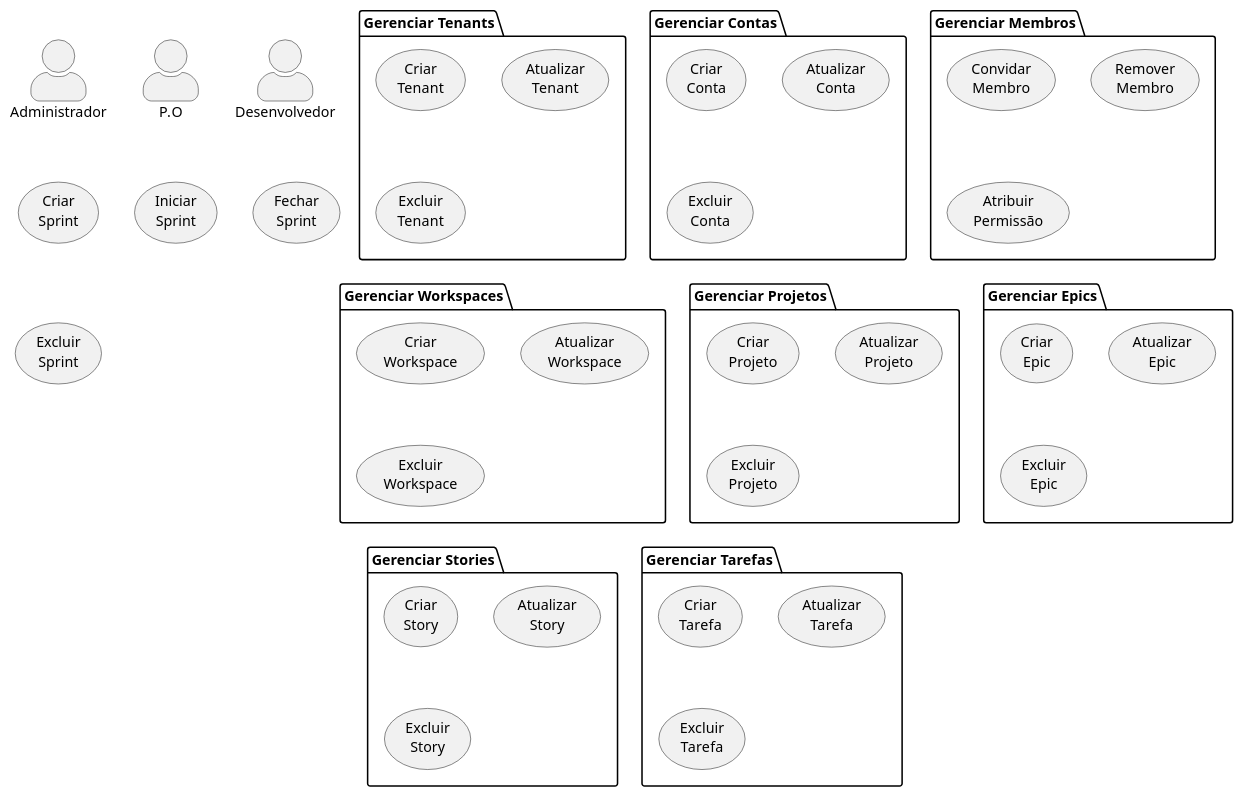
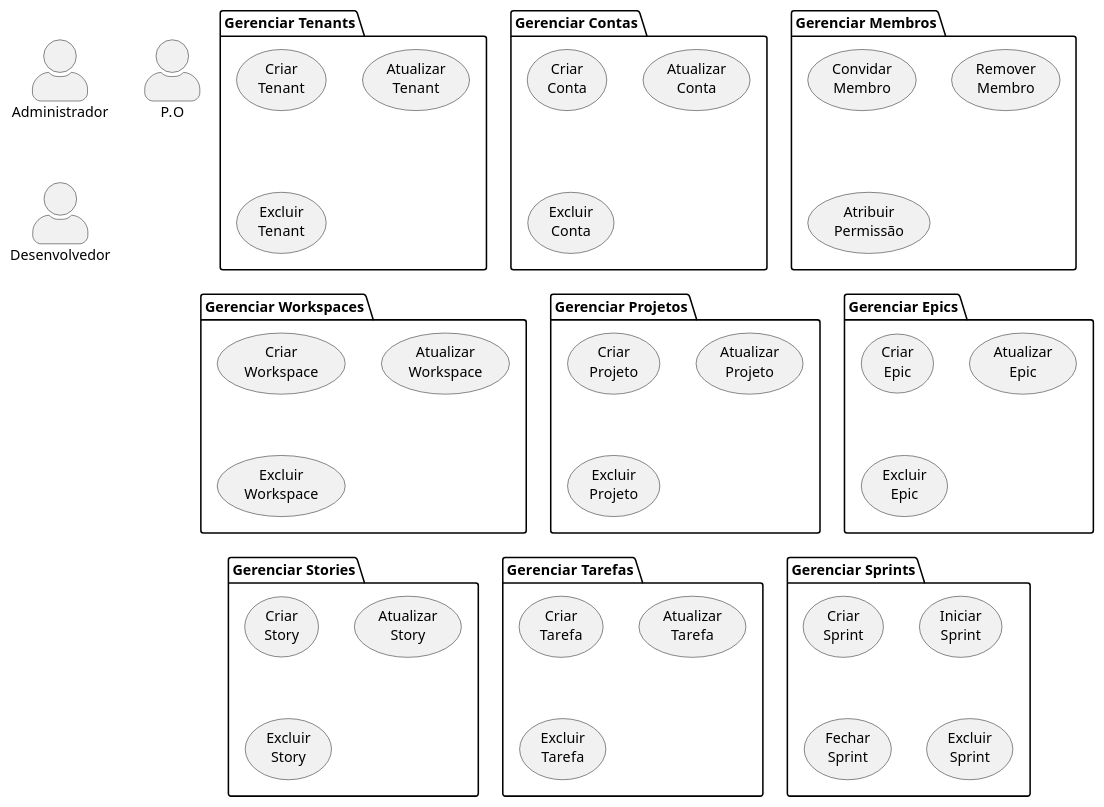
Before and after one commit to jairokoning/sprint_manager_uml: the diagram in use_case.plantuml, drawn with PlantUML.

Commit message:
feat: add use case package manage sprints

```diff
--- a/use_case.plantuml
+++ b/use_case.plantuml
@@ -1,65 +1,68 @@
 @startuml ""
 ' http://www.plantuml.com/plantuml/uml/SoWkIImgAStDuUBISCiiAYvHA2rEJKuiJjNaqd3Coo_9I2s2YoWa5YjeX3eRQN91HHH2dOtXR0sVnEAIc3nanQ7E9bnS3gbvAI3p0G00
 skinparam TextAlign center
 skinparam actorStyle awesome
 
 actor Administrador as adm
 actor P.O as po
 actor Desenvolvedor as dev
 
 package "Gerenciar Tenants" {
   usecase "Criar\nTenant" as createTenant
   usecase "Atualizar\nTenant" as updateTenant
   usecase "Excluir\nTenant" as deleteTenant
 }
 
 package "Gerenciar Contas" {
   usecase "Criar\nConta" as createAccount
   usecase "Atualizar\nConta" as updateAccount
   usecase "Excluir\nConta" as deleteAccount
 }
 
 package "Gerenciar Membros" {
   usecase "Convidar\nMembro" as inviteMember
   usecase "Remover\nMembro" as removeMember
   usecase "Atribuir\nPermissão" as setPermission
 }
 
 package "Gerenciar Workspaces" {
   usecase "Criar\nWorkspace" as createWorkspace
   usecase "Atualizar\nWorkspace" as updateWorkspace
   usecase "Excluir\nWorkspace" as deleteWorkspace
 }
 
 package "Gerenciar Projetos" {
   usecase "Criar\nProjeto" as createProject
   usecase "Atualizar\nProjeto" as updateProject
   usecase "Excluir\nProjeto" as deleteProject
 }
 
 package "Gerenciar Epics" {
   usecase "Criar\nEpic" as createEpic
   usecase "Atualizar\nEpic" as updateEpic
   usecase "Excluir\nEpic" as deleteEpic
 }
 
 package "Gerenciar Stories" {
   usecase "Criar\nStory" as createStory
   usecase "Atualizar\nStory" as updateStory
   usecase "Excluir\nStory" as deleteStory
 }
 
 package "Gerenciar Tarefas" {
   usecase "Criar\nTarefa" as createTask
   usecase "Atualizar\nTarefa" as updateTask
   usecase "Excluir\nTarefa" as deleteTask
 }
+
+package "Gerenciar Sprints" {
   usecase "Criar\nSprint" as createSprint
   usecase "Iniciar\nSprint" as openSprint
   usecase "Fechar\nSprint" as closeSprint
   usecase "Excluir\nSprint" as deleteSprint
+}
 
 'Quando concluir todas tarefas de um recurso, deve automaticamente concluir o Recurso, e quando concluir todos os recursos de Epic, deve concluir o Epi
 'Criar um grafico de gantt baseado nas tarefas
 
 @enduml
```
